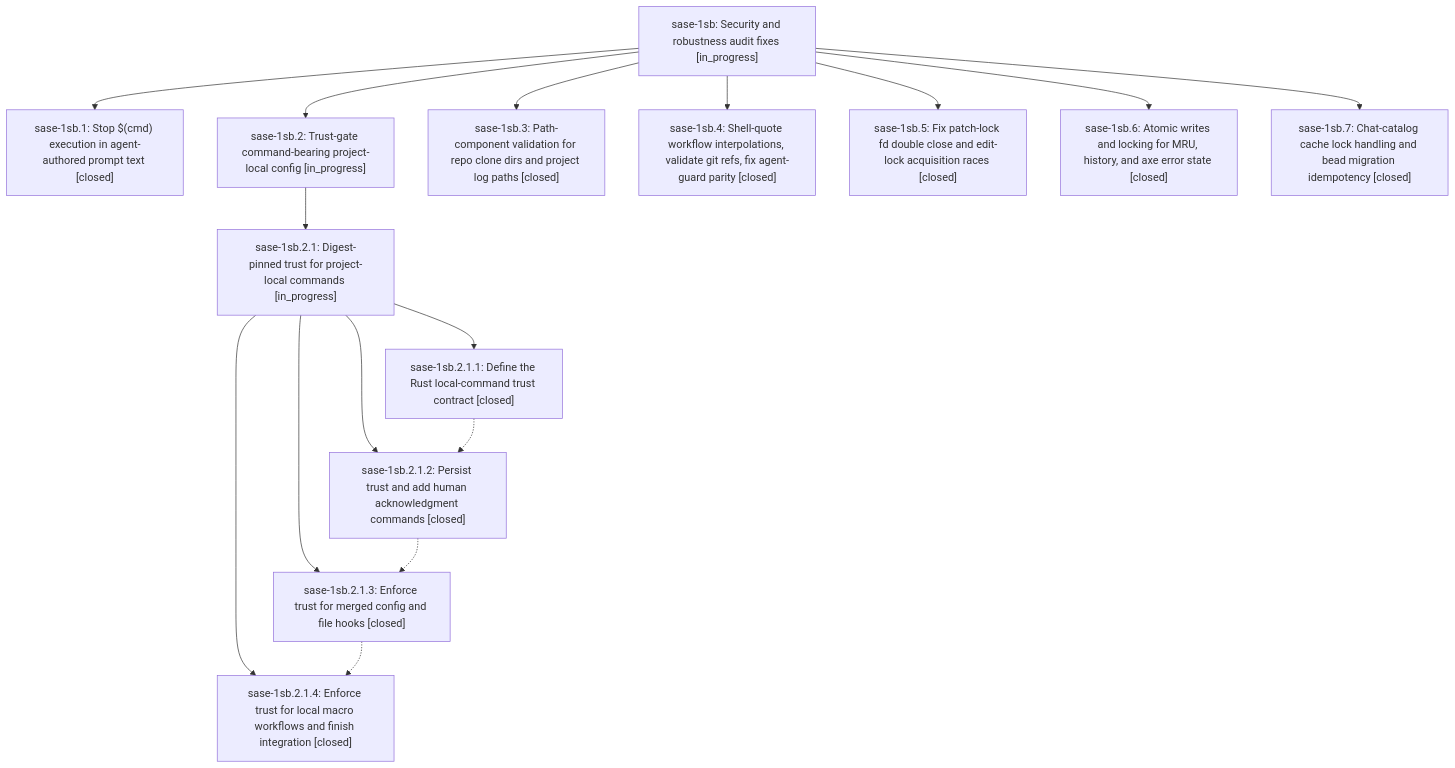
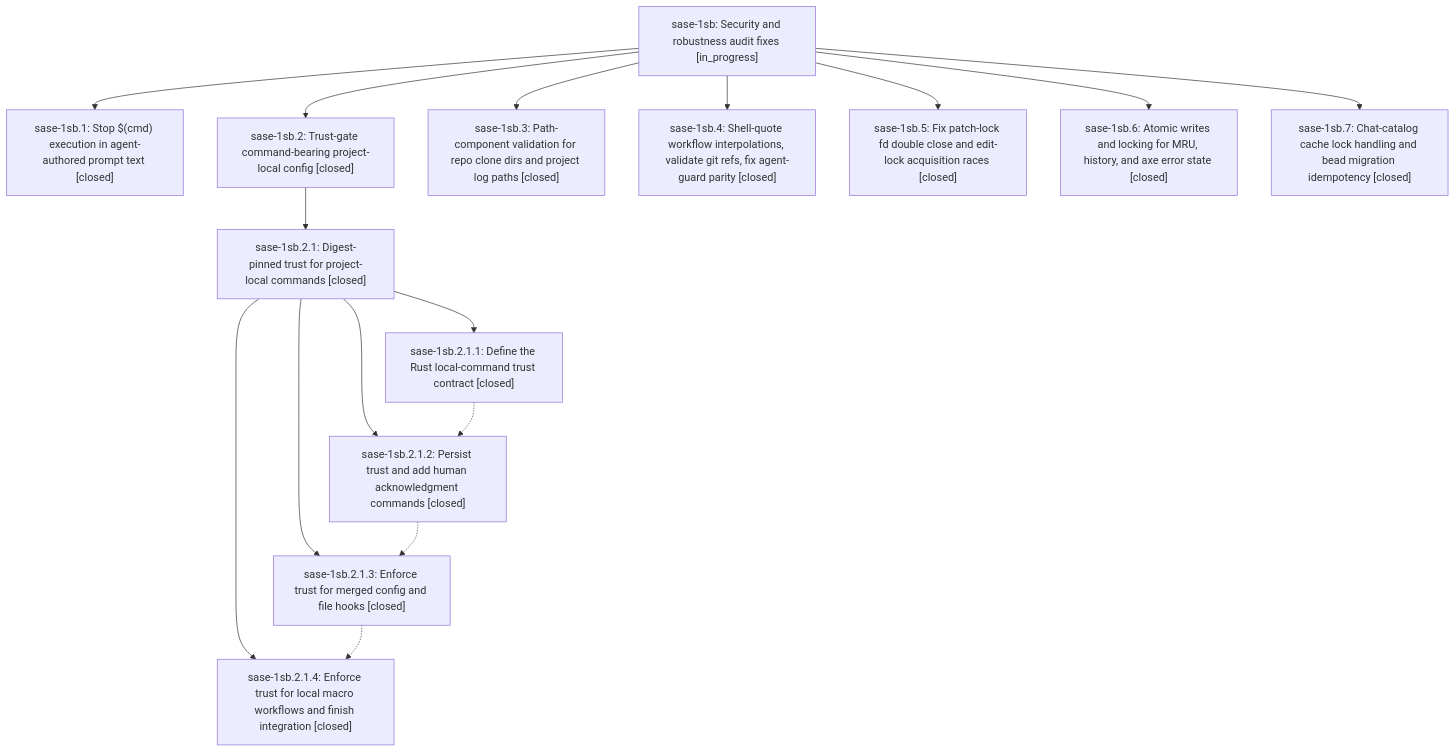
One commit to sase-org/sase--beads changed the diagram in pages/sase-1sb/README.md. Above: the diagram before and after it, drawn with Mermaid. The commit also changed other lines of this file and 6 other files, not shown here.

````diff
--- a/pages/sase-1sb/README.md
+++ b/pages/sase-1sb/README.md
@@ -44,31 +46,31 @@
 ```mermaid
 flowchart TD
     n0["sase-1sb: Security and robustness audit fixes [in_progress]"]
     n1["sase-1sb.1: Stop $(cmd) execution in agent-authored prompt text [closed]"]
-    n2["sase-1sb.2: Trust-gate command-bearing project-local config [in_progress]"]
-    n3["sase-1sb.2.1: Digest-pinned trust for project-local commands [in_progress]"]
+    n2["sase-1sb.2: Trust-gate command-bearing project-local config [closed]"]
+    n3["sase-1sb.2.1: Digest-pinned trust for project-local commands [closed]"]
     n4["sase-1sb.2.1.1: Define the Rust local-command trust contract [closed]"]
     n5["sase-1sb.2.1.2: Persist trust and add human acknowledgment commands [closed]"]
     n6["sase-1sb.2.1.3: Enforce trust for merged config and file hooks [closed]"]
     n7["sase-1sb.2.1.4: Enforce trust for local macro workflows and finish integration [closed]"]
     n8["sase-1sb.3: Path-component validation for repo clone dirs and project log paths [closed]"]
     n9["sase-1sb.4: Shell-quote workflow interpolations, validate git refs, fix agent-guard parity [closed]"]
     n10["sase-1sb.5: Fix patch-lock fd double close and edit-lock acquisition races [closed]"]
     n11["sase-1sb.6: Atomic writes and locking for MRU, history, and axe error state [closed]"]
     n12["sase-1sb.7: Chat-catalog cache lock handling and bead migration idempotency [closed]"]
     n0 --> n1
     n0 --> n2
     n2 --> n3
     n3 --> n4
     n3 --> n5
     n3 --> n6
     n3 --> n7
     n0 --> n8
     n0 --> n9
     n0 --> n10
     n0 --> n11
     n0 --> n12
     n4 -.-> n5
     n5 -.-> n6
     n6 -.-> n7
 ```
````
